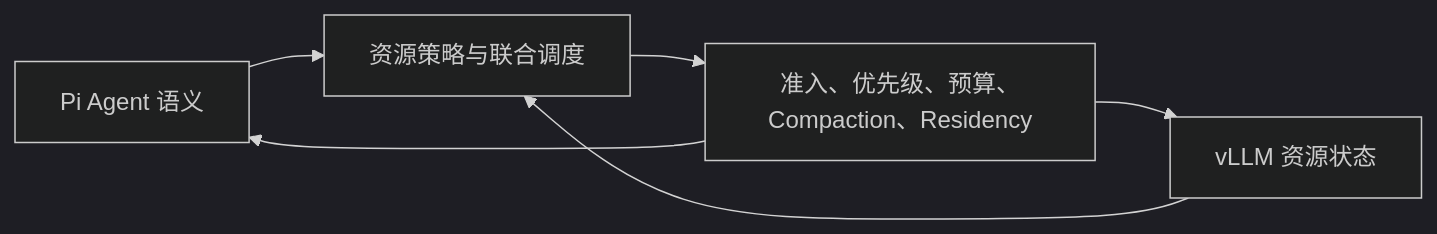
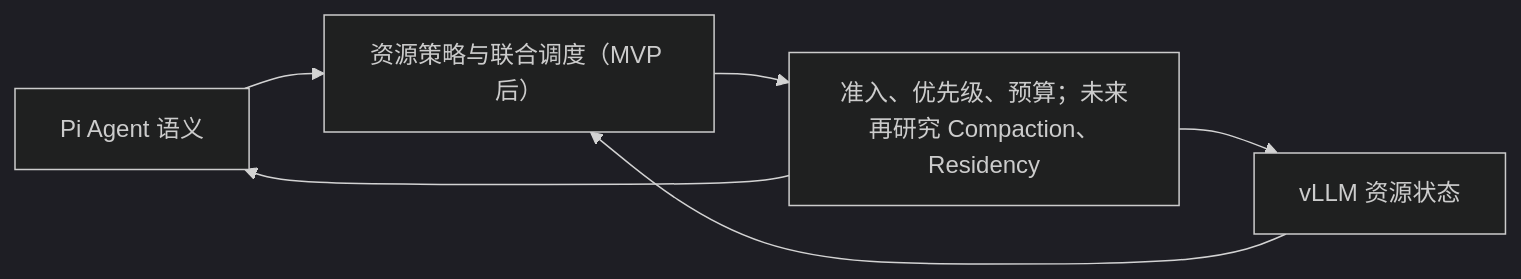
Before and after one commit to lilyeggy/VRAM-Aware-Harness: the first of 4 diagrams in docs/harness-implementation-plan.zh-CN.md, drawn with Mermaid (dark theme). The commit also changed other lines of this file and 207 other files, not shown here.

````diff
--- a/docs/harness-implementation-plan.zh-CN.md
+++ b/docs/harness-implementation-plan.zh-CN.md
@@ -95,8 +146,8 @@
 ```mermaid
 flowchart LR
-    A["Pi Agent 语义"] --> P["资源策略与联合调度"]
+    A["Pi Agent 语义"] --> P["资源策略与联合调度（MVP 后）"]
     I["vLLM 资源状态"] --> P
-    P --> C["准入、优先级、预算、Compaction、Residency"]
+    P --> C["准入、优先级、预算；未来再研究 Compaction、Residency"]
     C --> A
     C --> I
 ```
````
